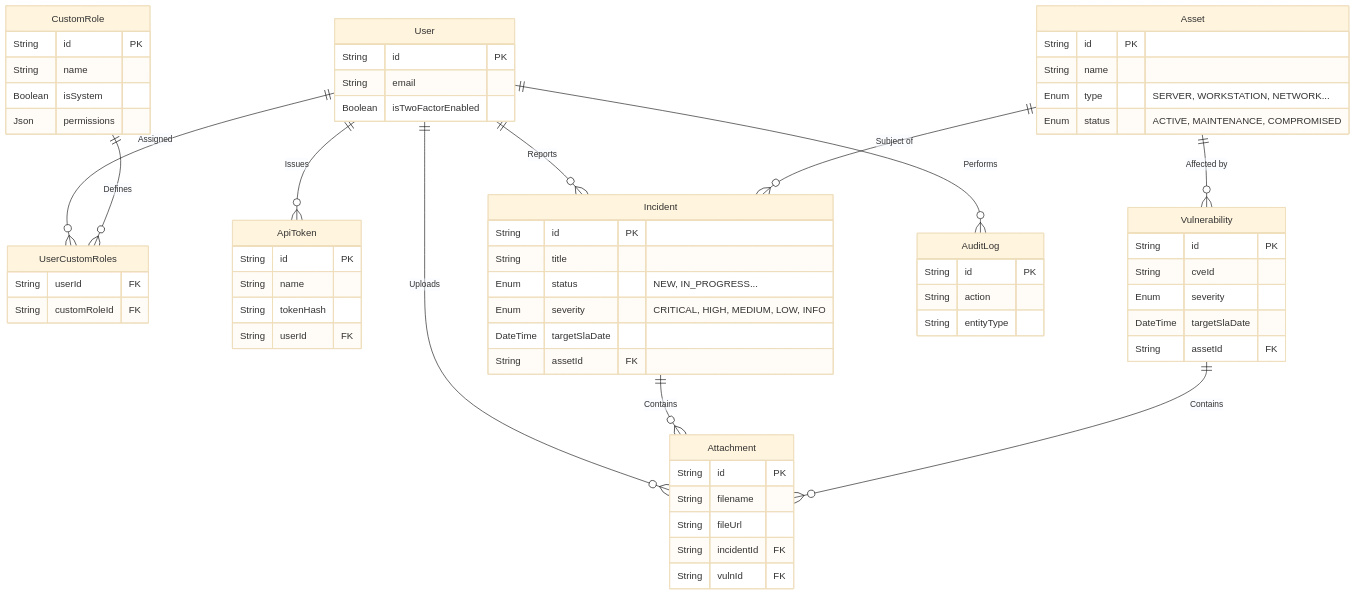
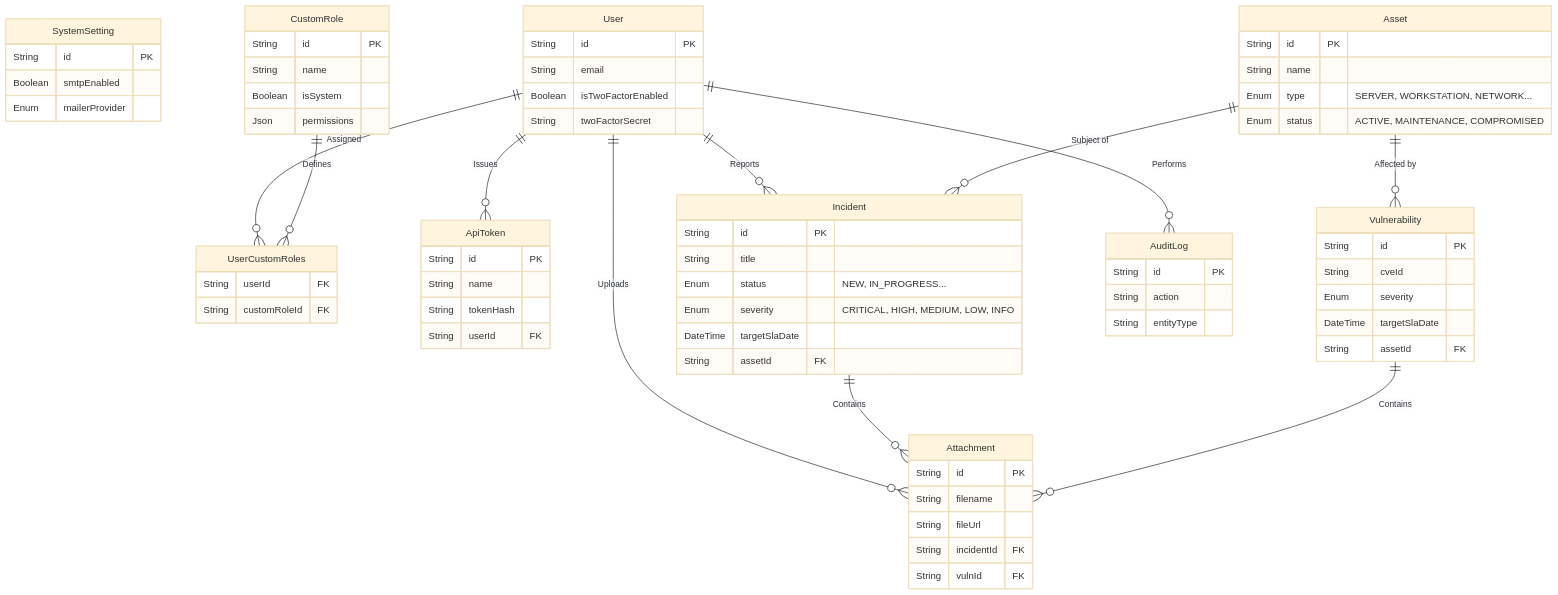
Before and after one commit to Cyber-Sec-Space/openticket: the third of 7 diagrams in docs/ARCHITECTURE.md, drawn with Mermaid (base theme). The commit also changed other lines of this file and 1 other file, not shown here.

Commit message:
docs: Sync architecture documentation with v1.0.0-rc.1 source code

````diff
--- a/docs/ARCHITECTURE.md
+++ b/docs/ARCHITECTURE.md
@@ -59,68 +59,74 @@
 ```mermaid
 erDiagram
+    SystemSetting {
+        String id PK
+        Boolean smtpEnabled
+        Enum mailerProvider
+    }
     User {
         String id PK
         String email
         Boolean isTwoFactorEnabled
+        String twoFactorSecret
     }
     CustomRole {
         String id PK
         String name
         Boolean isSystem
         Json permissions
     }
     UserCustomRoles {
         String userId FK
         String customRoleId FK
     }
     ApiToken {
         String id PK
         String name
         String tokenHash
         String userId FK
     }
     Asset {
         String id PK
         String name
         Enum type "SERVER, WORKSTATION, NETWORK..."
         Enum status "ACTIVE, MAINTENANCE, COMPROMISED"
     }
     Incident {
         String id PK
         String title
         Enum status "NEW, IN_PROGRESS..."
         Enum severity "CRITICAL, HIGH, MEDIUM, LOW, INFO"
         DateTime targetSlaDate
         String assetId FK
     }
     Vulnerability {
         String id PK
         String cveId
         Enum severity
         DateTime targetSlaDate
         String assetId FK
     }
     Attachment {
         String id PK
         String filename
         String fileUrl
         String incidentId FK
         String vulnId FK
     }
     AuditLog {
         String id PK
         String action
         String entityType
     }
 
     User ||--o{ Incident : "Reports"
     Asset ||--o{ Incident : "Subject of"
     Asset ||--o{ Vulnerability : "Affected by"
     User ||--o{ AuditLog : "Performs"
     User ||--o{ UserCustomRoles : "Assigned"
     CustomRole ||--o{ UserCustomRoles : "Defines"
     User ||--o{ Attachment : "Uploads"
     User ||--o{ ApiToken : "Issues"
     Incident ||--o{ Attachment : "Contains"
     Vulnerability ||--o{ Attachment : "Contains"
 ```
````
